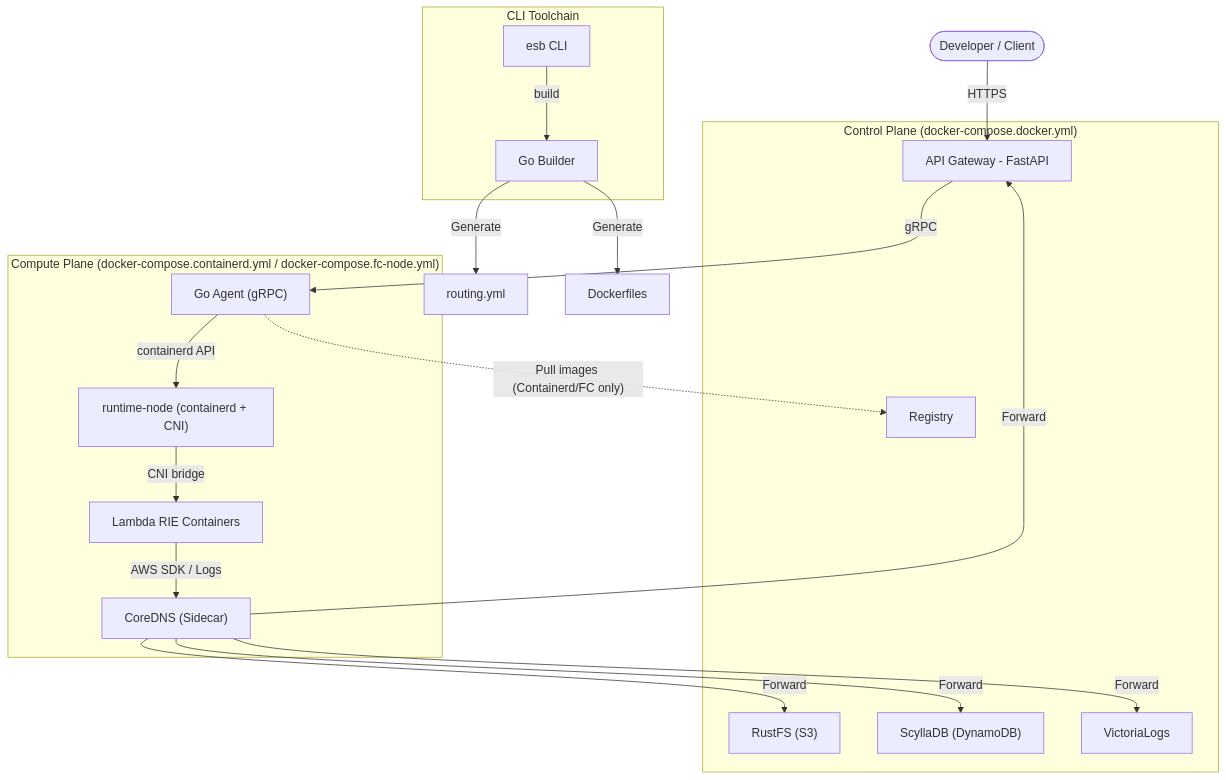
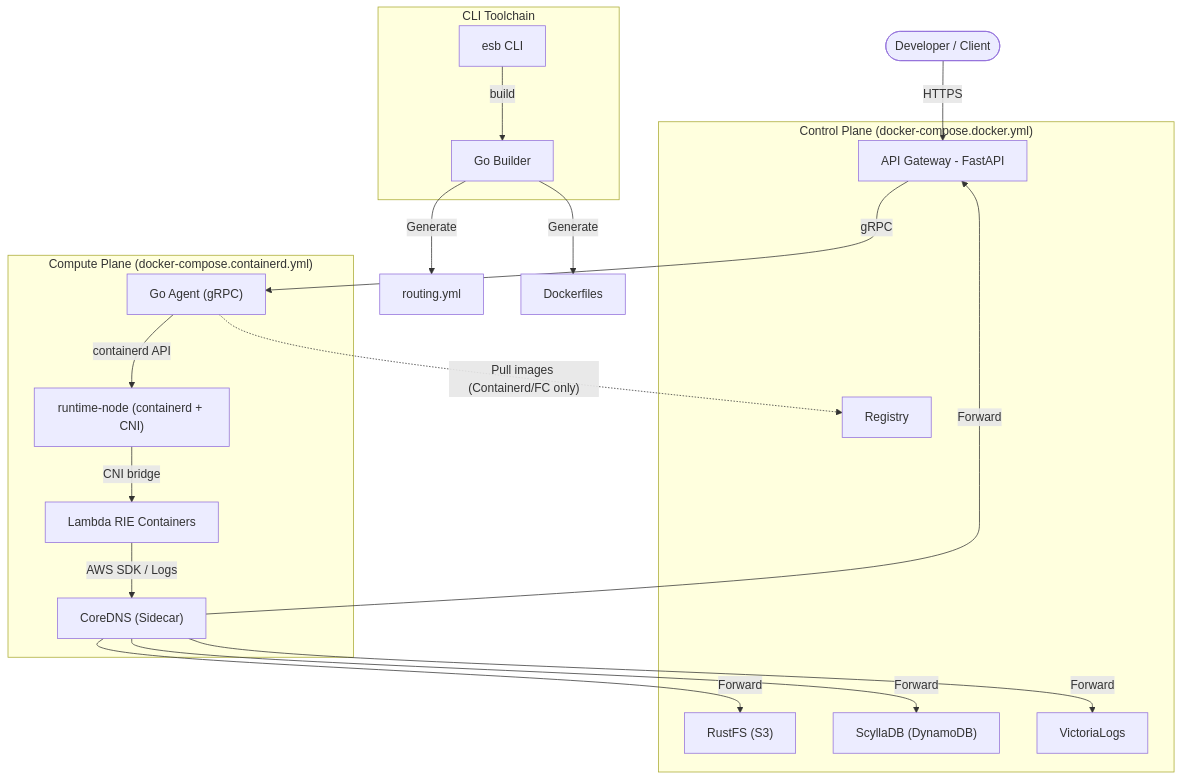
The diagram in README.md (poruru-code/esb), drawn with Mermaid before and after one commit. The commit also changed other lines of this file and 71 other files, not shown here.

````diff
--- a/README.md
+++ b/README.md
@@ -33,36 +33,36 @@
 ```mermaid
 flowchart TD
     User([Developer / Client]) -->|HTTPS| Gateway["API Gateway - FastAPI"]
 
     subgraph Control ["Control Plane (docker-compose.docker.yml)"]
         Gateway
         RustFS["RustFS (S3)"]
         ScyllaDB["ScyllaDB (DynamoDB)"]
         VictoriaLogs["VictoriaLogs"]
         Registry["Registry"]
     end
 
-    subgraph Compute ["Compute Plane (docker-compose.containerd.yml / docker-compose.fc-node.yml)"]
+    subgraph Compute ["Compute Plane (docker-compose.containerd.yml)"]
         RuntimeNode["runtime-node (containerd + CNI)"]
         Agent["Go Agent (gRPC)"]
         CoreDNS["CoreDNS (Sidecar)"]
         LambdaRIE["Lambda RIE Containers"]
     end
 
     Gateway -->|gRPC| Agent
     Agent -->|containerd API| RuntimeNode
     RuntimeNode -->|CNI bridge| LambdaRIE
     LambdaRIE -->|AWS SDK / Logs| CoreDNS
     CoreDNS -->|Forward| Gateway
     CoreDNS -->|Forward| RustFS
     CoreDNS -->|Forward| ScyllaDB
     CoreDNS -->|Forward| VictoriaLogs
     Agent -.->|"Pull images (Containerd/FC only)"| Registry
     
     subgraph Toolchain ["CLI Toolchain"]
         esb[esb CLI] -->|build| GoBuilder[Go Builder]
     end
     
     GoBuilder -->|Generate| Routing[routing.yml]
     GoBuilder -->|Generate| Dockerfiles[Dockerfiles]
 ```
````
